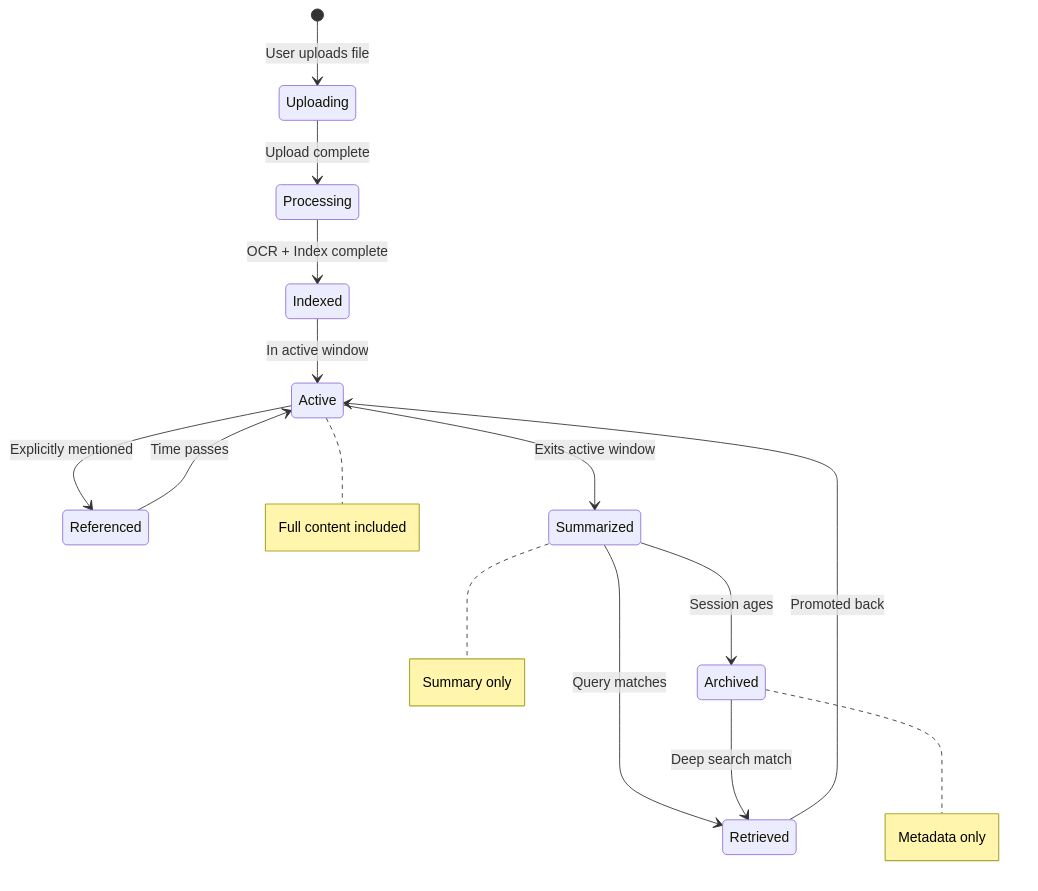
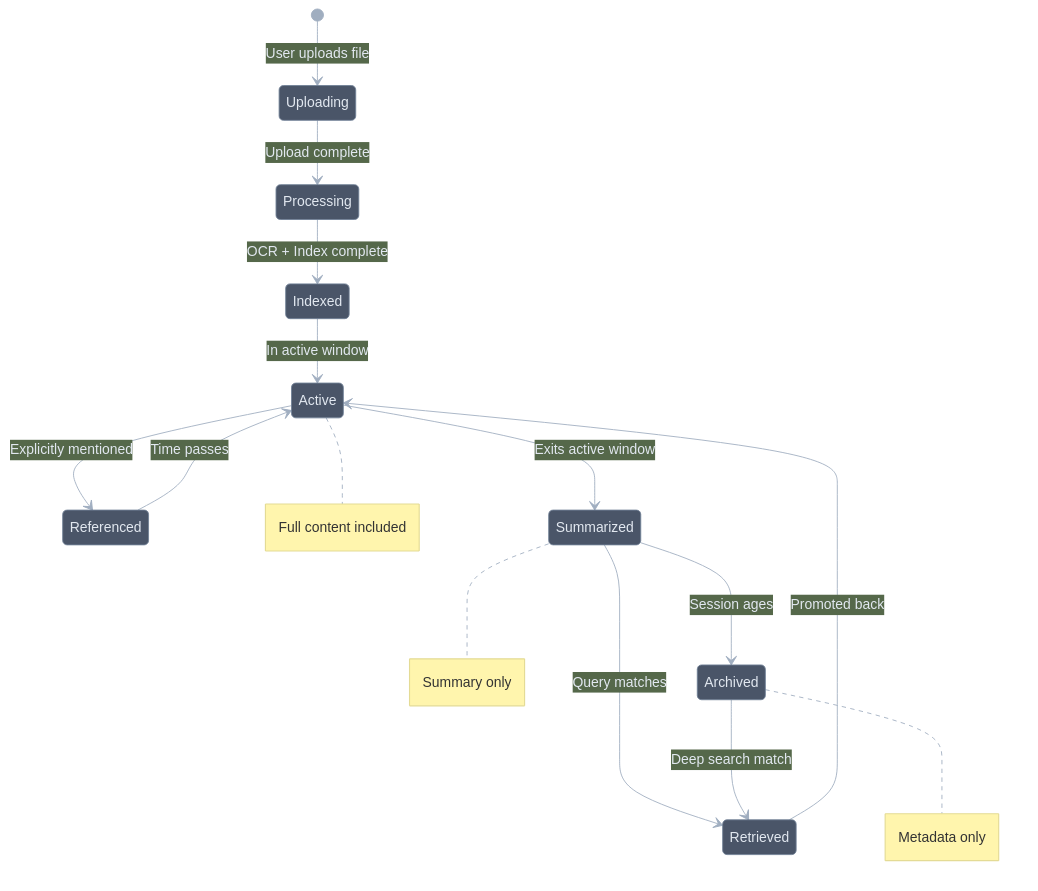
One commit to manumishra-zm/execution_plan changed the fifth of 22 diagrams in chat_context/chat_context.md. Above: the diagram before and after it, drawn with Mermaid. The commit also changed other lines of this file, not shown here.

````diff
--- a/chat_context/chat_context.md
+++ b/chat_context/chat_context.md
@@ -216,22 +229,23 @@
 ```mermaid
+%%{init: {'theme': 'base', 'themeVariables': { 'primaryColor': '#4a5568', 'primaryTextColor': '#e2e8f0', 'primaryBorderColor': '#718096', 'lineColor': '#a0aec0'}}}%%
 stateDiagram-v2
     [*] --> Uploading: User uploads file
 
     Uploading --> Processing: Upload complete
     Processing --> Indexed: OCR + Index complete
 
     Indexed --> Active: In active window
     Active --> Referenced: Explicitly mentioned
     Referenced --> Active: Time passes
 
     Active --> Summarized: Exits active window
     Summarized --> Retrieved: Query matches
     Retrieved --> Active: Promoted back
 
     Summarized --> Archived: Session ages
     Archived --> Retrieved: Deep search match
 
     note right of Active: Full content included
     note right of Summarized: Summary only
     note right of Archived: Metadata only
 ```
````
